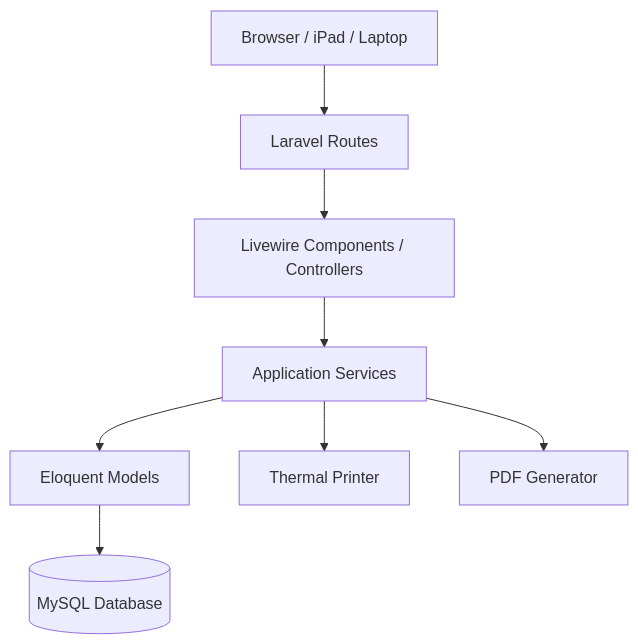
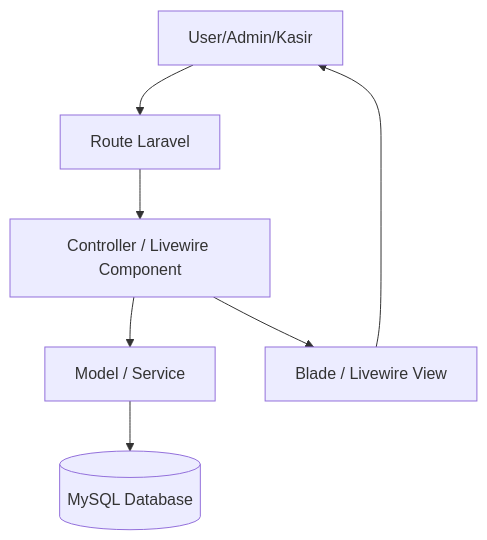
The first of 4 diagrams in README.md (wsantika/pos-nasiLawarUlucatu), drawn with Mermaid before and after one commit. The commit also changed other lines of this file and 4 other files, not shown here.

Commit message:
update(docs): add activity diagrams for admin and cashier roles, ERD, and use case diagram

````diff
--- a/README.md
+++ b/README.md
@@ -132,10 +224,9 @@
 ```mermaid
 flowchart TD
-    A[Browser / iPad / Laptop] --> B[Laravel Routes]
-    B --> C[Livewire Components / Controllers]
-    C --> D[Application Services]
-    D --> E[Eloquent Models]
-    E --> F[(MySQL Database)]
-    D --> G[Thermal Printer]
-    D --> H[PDF Generator]
+    A[User/Admin/Kasir] --> B[Route Laravel]
+    B --> C[Controller / Livewire Component]
+    C --> D[Model / Service]
+    D --> E[(MySQL Database)]
+    C --> F[Blade / Livewire View]
+    F --> A
 ```
````
